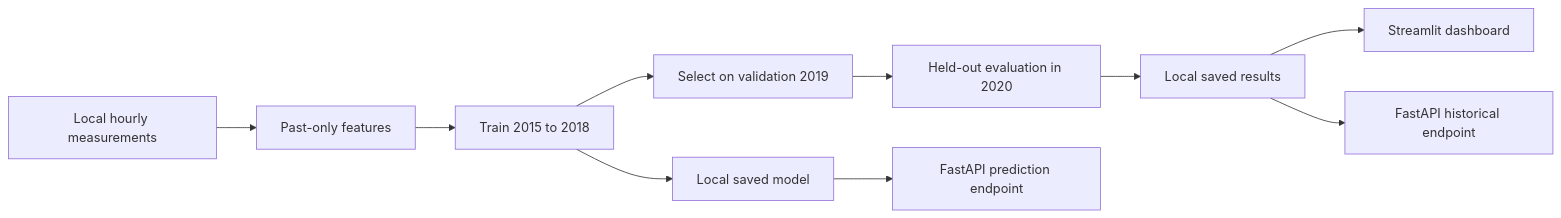
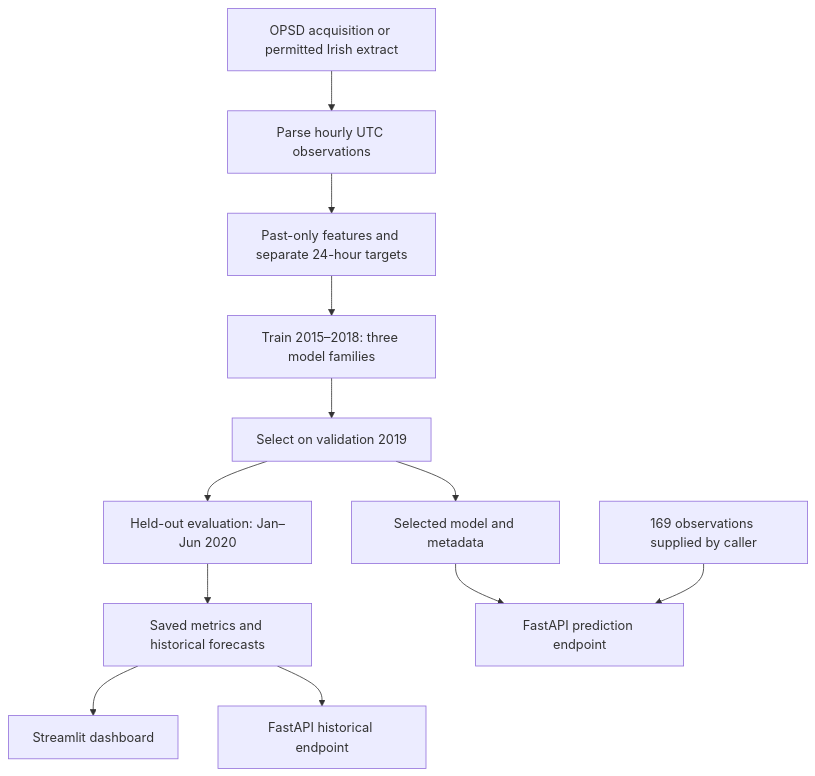
Before and after one commit to Hugo-bordas/Ireland-Electricity-Demand-Forecasting: the diagram in README.md, drawn with Mermaid. The commit also changed other lines of this file and 6 other files, not shown here.

Commit message:
Document verified reproduction, API and public Streamlit demonstration

````diff
--- a/README.md
+++ b/README.md
@@ -98,12 +60,14 @@
 ```mermaid
-flowchart LR
-    A[Local hourly measurements] --> B[Past-only features]
-    B --> C[Train 2015 to 2018]
-    C --> D[Select on validation 2019]
-    D --> E[Held-out evaluation in 2020]
-    E --> F[Local saved results]
-    F --> G[Streamlit dashboard]
-    F --> H[FastAPI historical endpoint]
-    C --> I[Local saved model]
-    I --> J[FastAPI prediction endpoint]
+flowchart TD
+    A[OPSD acquisition or permitted Irish extract] --> B[Parse hourly UTC observations]
+    B --> C[Past-only features and separate 24-hour targets]
+    C --> D[Train 2015–2018: three model families]
+    D --> E[Select on validation 2019]
+    E --> F[Held-out evaluation: Jan–Jun 2020]
+    F --> G[Saved metrics and historical forecasts]
+    G --> H[Streamlit dashboard]
+    G --> I[FastAPI historical endpoint]
+    E --> J[Selected model and metadata]
+    J --> K[FastAPI prediction endpoint]
+    L[169 observations supplied by caller] --> K
 ```
````
